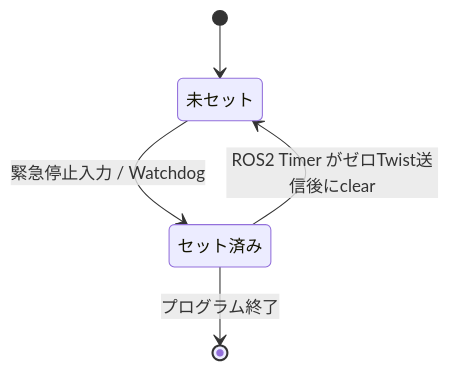
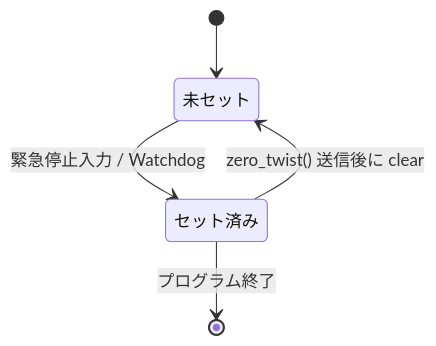
One commit to sato-susumu/susumu_agent changed the seventh of 10 diagrams in docs/Design.md. Above: the diagram before and after it, drawn with Mermaid. The commit also changed other lines of this file and 18 other files, not shown here.

````diff
--- a/docs/Design.md
+++ b/docs/Design.md
@@ -712,7 +423,7 @@
 ```mermaid
 stateDiagram-v2
     [*] --> 未セット
     未セット --> セット済み : 緊急停止入力 / Watchdog
-    セット済み --> 未セット : ROS2 Timer がゼロTwist送信後にclear
+    セット済み --> 未セット : zero_twist() 送信後に clear
     セット済み --> [*] : プログラム終了
 ```
````
